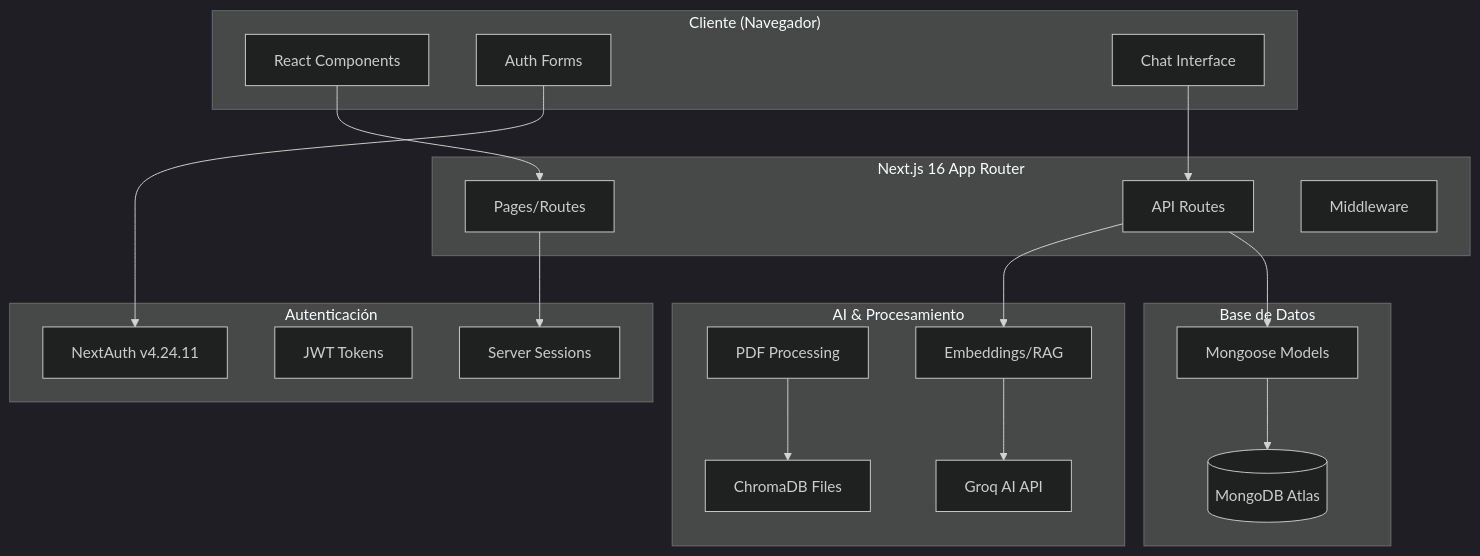
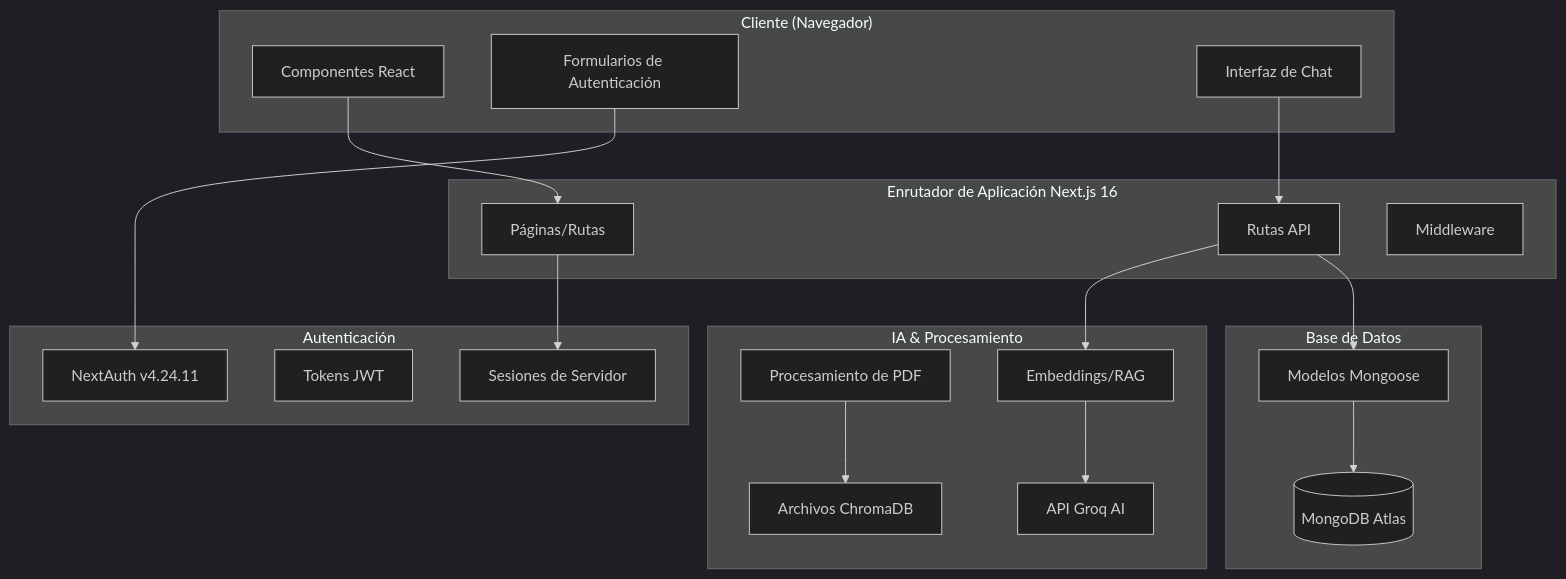
One commit to olired2/chatbot changed the first of 5 diagrams in ARQUITECTURA.md. Above: the diagram before and after it, drawn with Mermaid (dark theme). The commit also changed other lines of this file and 8 other files, not shown here.

Commit message:
docs: actualizacion de toda la documentacion al español, creacion de roadmap y limpieza

````diff
--- a/ARQUITECTURA.md
+++ b/ARQUITECTURA.md
@@ -11,42 +11,42 @@
 ```mermaid
 graph TB
     subgraph "Cliente (Navegador)"
-        UI[React Components]
-        Forms[Auth Forms]
-        Chat[Chat Interface]
+        UI[Componentes React]
+        Forms[Formularios de Autenticación]
+        Chat[Interfaz de Chat]
     end
     
-    subgraph "Next.js 16 App Router"
-        Pages[Pages/Routes]
-        API[API Routes]
+    subgraph "Enrutador de Aplicación Next.js 16"
+        Pages[Páginas/Rutas]
+        API[Rutas API]
         Middleware[Middleware]
     end
     
     subgraph "Autenticación"
         NextAuth[NextAuth v4.24.11]
-        JWT[JWT Tokens]
-        Session[Server Sessions]
+        JWT[Tokens JWT]
+        Session[Sesiones de Servidor]
     end
     
     subgraph "Base de Datos"
         MongoDB[(MongoDB Atlas)]
-        Models[Mongoose Models]
+        Models[Modelos Mongoose]
     end
     
-    subgraph "AI & Procesamiento"
-        Groq[Groq AI API]
-        PDF[PDF Processing]
+    subgraph "IA & Procesamiento"
+        Groq[API Groq AI]
+        PDF[Procesamiento de PDF]
         Embeddings[Embeddings/RAG]
-        ChromaDB[ChromaDB Files]
+        ChromaDB[Archivos ChromaDB]
     end
     
     UI --> Pages
     Forms --> NextAuth
     Chat --> API
     Pages --> Session
     API --> Models
     Models --> MongoDB
     API --> Embeddings
     Embeddings --> Groq
     PDF --> ChromaDB
 ```
````
